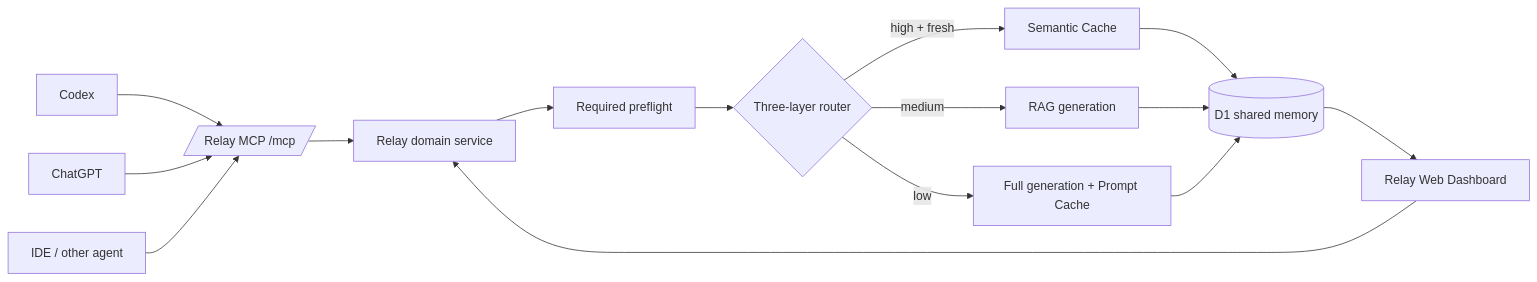
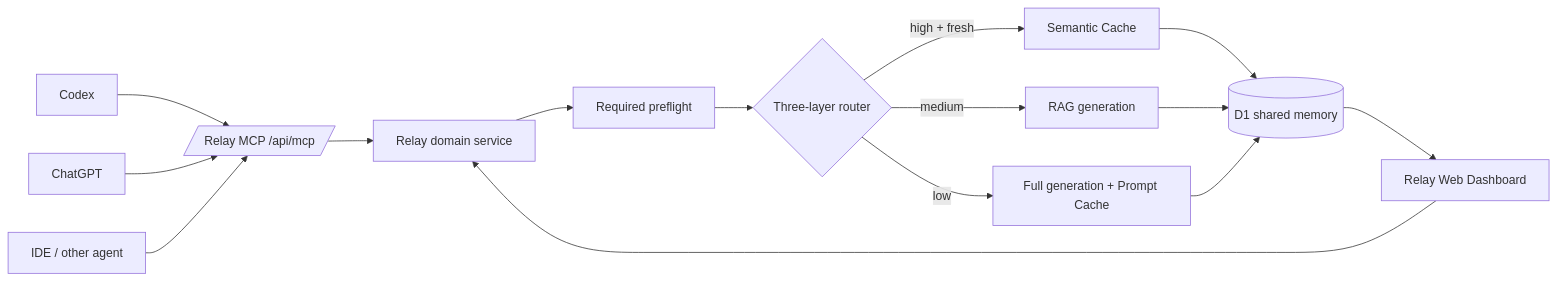
The first of 2 diagrams in README.md (ksh1ng/ShareXpace), drawn with Mermaid before and after one commit. The commit also changed other lines of this file and 5 other files, not shown here.

Commit message:
Serve Relay MCP through hosted API route

````diff
--- a/README.md
+++ b/README.md
@@ -9,17 +9,17 @@
 ```mermaid
 flowchart LR
-  C[Codex] --> M[/Relay MCP /mcp/]
+  C[Codex] --> M[/Relay MCP /api/mcp/]
   H[ChatGPT] --> M
   I[IDE / other agent] --> M
   W[Relay Web Dashboard] --> S[Relay domain service]
   M --> S
   S --> P[Required preflight]
   P --> R{Three-layer router}
   R -->|high + fresh| SC[Semantic Cache]
   R -->|medium| RG[RAG generation]
   R -->|low| FG[Full generation + Prompt Cache]
   SC --> D[(D1 shared memory)]
   RG --> D
   FG --> D
   D --> W
 ```
````
